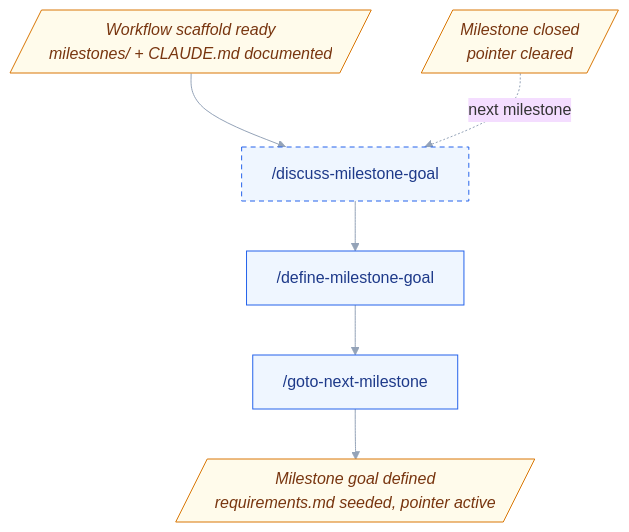
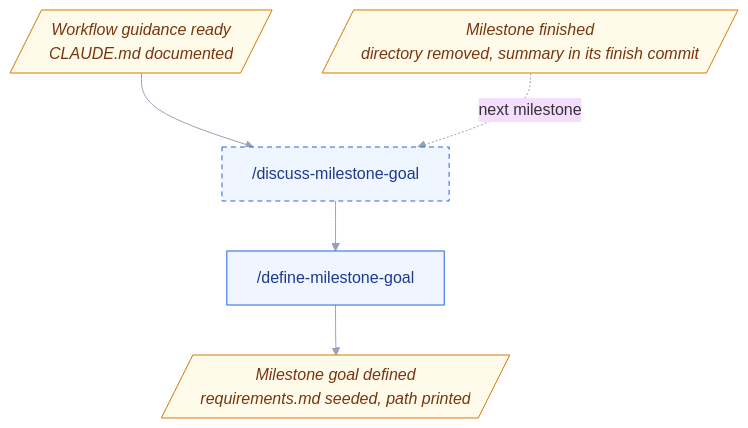
One commit to uHappyLogic/cairn changed the second of 6 diagrams in docs/workflow.md. Above: the diagram before and after it, drawn with Mermaid. The commit also changed other lines of this file and 12 other files, not shown here.

````diff
--- a/docs/workflow.md
+++ b/docs/workflow.md
@@ -32,20 +32,19 @@
 ```mermaid
 %%{init: {'theme':'base','themeVariables':{'fontFamily':'ui-sans-serif, system-ui','lineColor':'#94a3b8','primaryBorderColor':'#475569'},'flowchart':{'wrappingWidth':9999,'curve':'basis'}}}%%
 flowchart TD
-    D0[/"Workflow scaffold ready<br/>milestones/ + CLAUDE.md documented"/]
+    D0[/"Workflow guidance ready<br/>CLAUDE.md documented"/]
     IM1["/discuss-milestone-goal"]
     IM2["/define-milestone-goal"]
-    IM3["/goto-next-milestone"]
-    D5[/"Milestone closed<br/>pointer cleared"/]
-    D1[/"Milestone goal defined<br/>requirements.md seeded, pointer active"/]
+    D5[/"Milestone finished<br/>directory removed, summary in its finish commit"/]
+    D1[/"Milestone goal defined<br/>requirements.md seeded, path printed"/]
 
-    D0 --> IM1 --> IM2 --> IM3 --> D1
+    D0 --> IM1 --> IM2 --> D1
     D5 -.->|next milestone| IM1
 
     classDef init fill:#eff6ff,stroke:#2563eb,color:#1e3a8a;
     classDef optional stroke-dasharray:5 4;
     classDef state fill:#fffbeb,stroke:#d97706,color:#78350f,font-style:italic;
-    class IM1,IM2,IM3 init;
+    class IM1,IM2 init;
     class IM1 optional;
     class D0,D5,D1 state;
 ```
````
